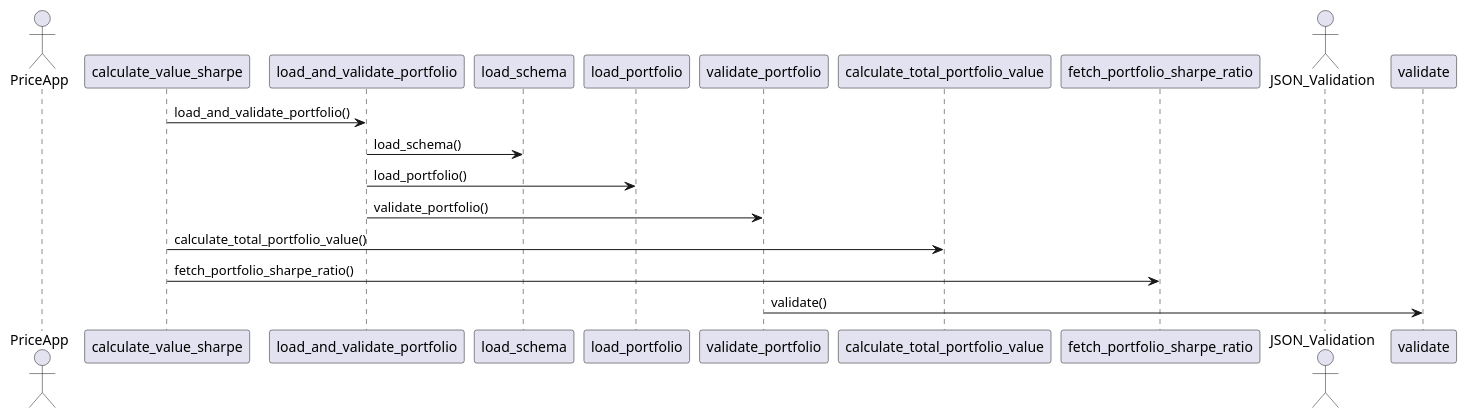
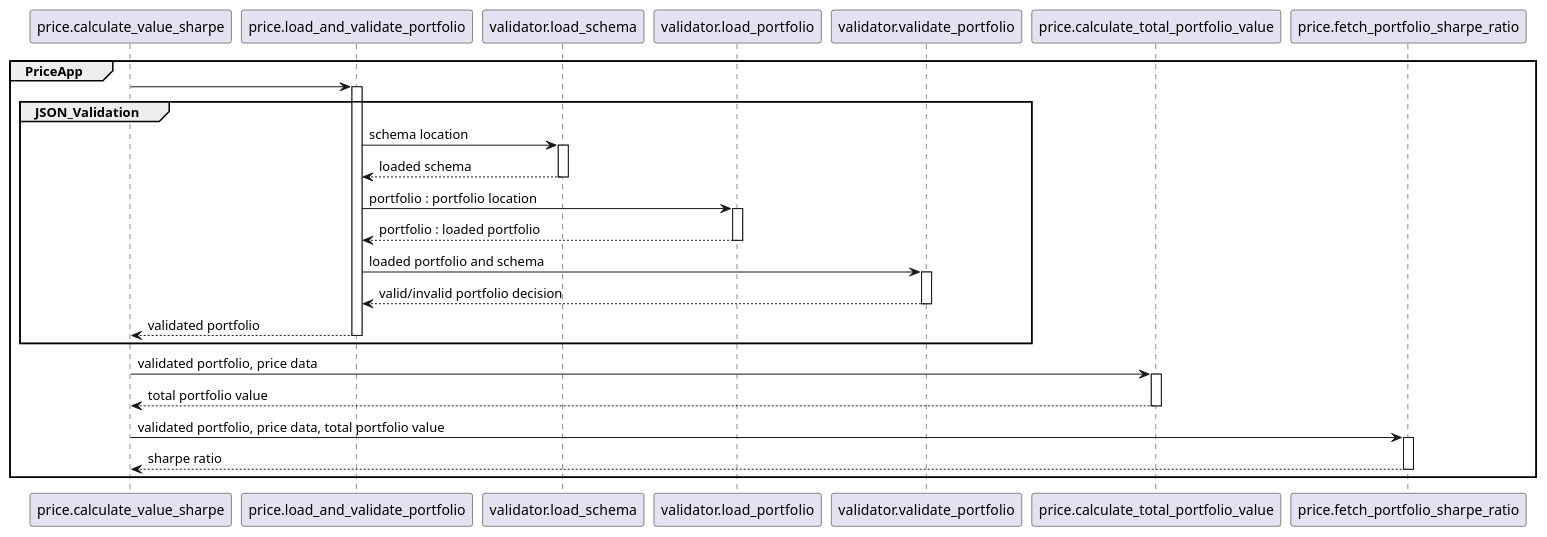
One commit to kgp33/quebec_v2 changed the diagram in diagrams/sequence_diagram.puml. Above: the diagram before and after it, drawn with PlantUML.

Commit message:
updated sequence diagram

```diff
--- a/diagrams/sequence_diagram.puml
+++ b/diagrams/sequence_diagram.puml
@@ -1,11 +1,32 @@
 @startuml
-actor PriceApp
-     calculate_value_sharpe -> load_and_validate_portfolio: load_and_validate_portfolio()
-     load_and_validate_portfolio -> load_schema: load_schema()
-     load_and_validate_portfolio -> load_portfolio: load_portfolio()
-     load_and_validate_portfolio -> validate_portfolio: validate_portfolio()
-     calculate_value_sharpe -> calculate_total_portfolio_value: calculate_total_portfolio_value()
-     calculate_value_sharpe -> fetch_portfolio_sharpe_ratio: fetch_portfolio_sharpe_ratio()
-actor JSON_Validation
-     validate_portfolio -> validate: validate()
+
+group PriceApp
+    price.calculate_value_sharpe -> price.load_and_validate_portfolio
+    activate price.load_and_validate_portfolio
+    group JSON_Validation
+        price.load_and_validate_portfolio -> validator.load_schema : schema location
+        activate validator.load_schema
+        price.load_and_validate_portfolio <-- validator.load_schema : loaded schema
+        deactivate validator.load_schema
+        price.load_and_validate_portfolio -> validator.load_portfolio : portfolio : portfolio location
+        activate validator.load_portfolio
+        price.load_and_validate_portfolio <-- validator.load_portfolio : portfolio : loaded portfolio
+        deactivate validator.load_portfolio
+        price.load_and_validate_portfolio -> validator.validate_portfolio : loaded portfolio and schema
+        activate validator.validate_portfolio
+        price.load_and_validate_portfolio <-- validator.validate_portfolio : valid/invalid portfolio decision
+        deactivate validator.validate_portfolio
+        price.calculate_value_sharpe <-- price.load_and_validate_portfolio : validated portfolio
+        deactivate price.load_and_validate_portfolio
+    end
+    price.calculate_value_sharpe -> price.calculate_total_portfolio_value : validated portfolio, price data
+    activate price.calculate_total_portfolio_value
+    price.calculate_value_sharpe <-- price.calculate_total_portfolio_value : total portfolio value
+    deactivate price.calculate_total_portfolio_value
+
+    price.calculate_value_sharpe -> price.fetch_portfolio_sharpe_ratio : validated portfolio, price data, total portfolio value
+    activate price.fetch_portfolio_sharpe_ratio
+    price.calculate_value_sharpe <-- price.fetch_portfolio_sharpe_ratio : sharpe ratio
+    deactivate price.fetch_portfolio_sharpe_ratio
+end
 @enduml
```
